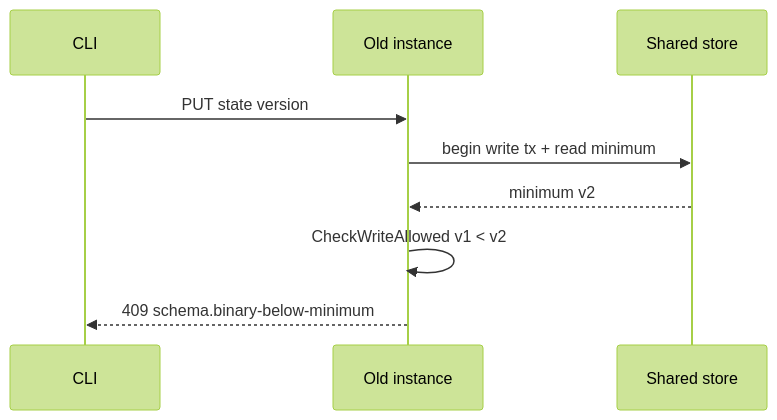
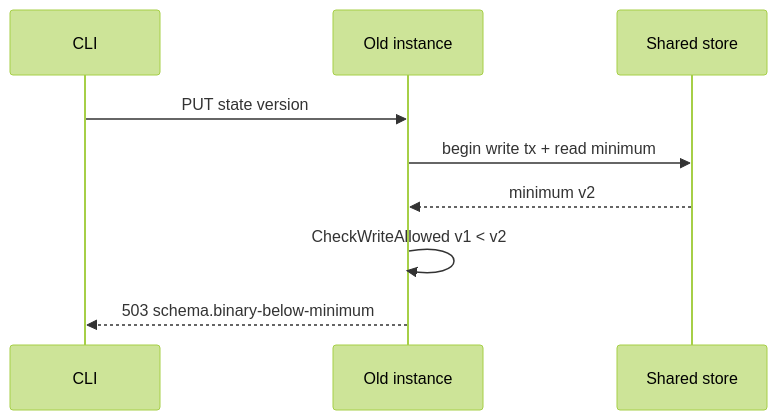
Before and after one commit to OpenDustpan/OpenDustpan: the first of 2 diagrams in openspec/changes/rolling-deploy-version-minimum-check/design.md, drawn with Mermaid (forest theme). The commit also changed other lines of this file and 160 other files, not shown here.

````diff
--- a/openspec/changes/rolling-deploy-version-minimum-check/design.md
+++ b/openspec/changes/rolling-deploy-version-minimum-check/design.md
@@ -23,11 +23,11 @@
 ```mermaid
 sequenceDiagram
 participant CLI as CLI
 participant Old as Old instance
 participant Store as Shared store
 CLI->>Old: PUT state version
 Old->>Store: begin write tx + read minimum
 Store-->>Old: minimum v2
 Old->>Old: CheckWriteAllowed v1 < v2
-Old-->>CLI: 409 schema.binary-below-minimum
+Old-->>CLI: 503 schema.binary-below-minimum
 ```
````
